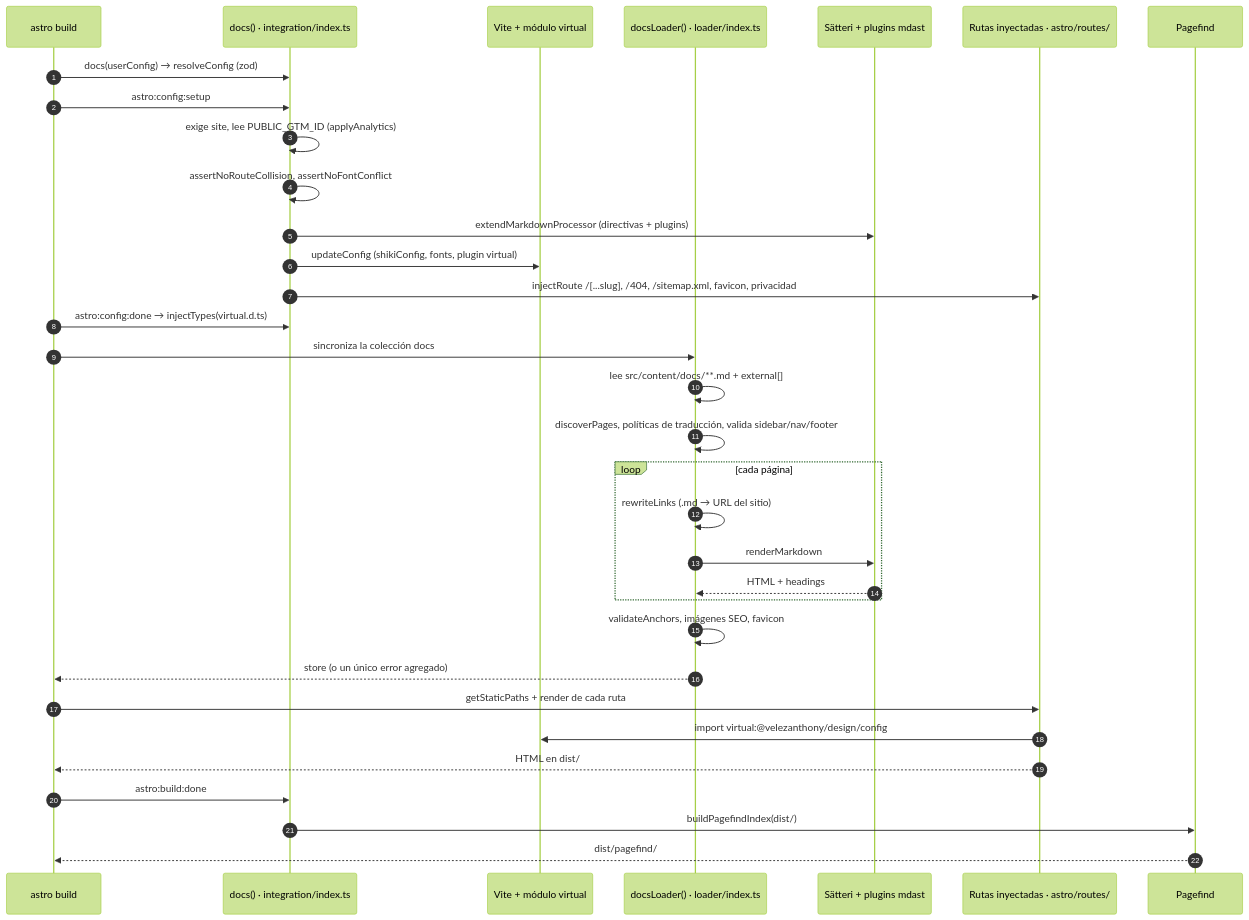
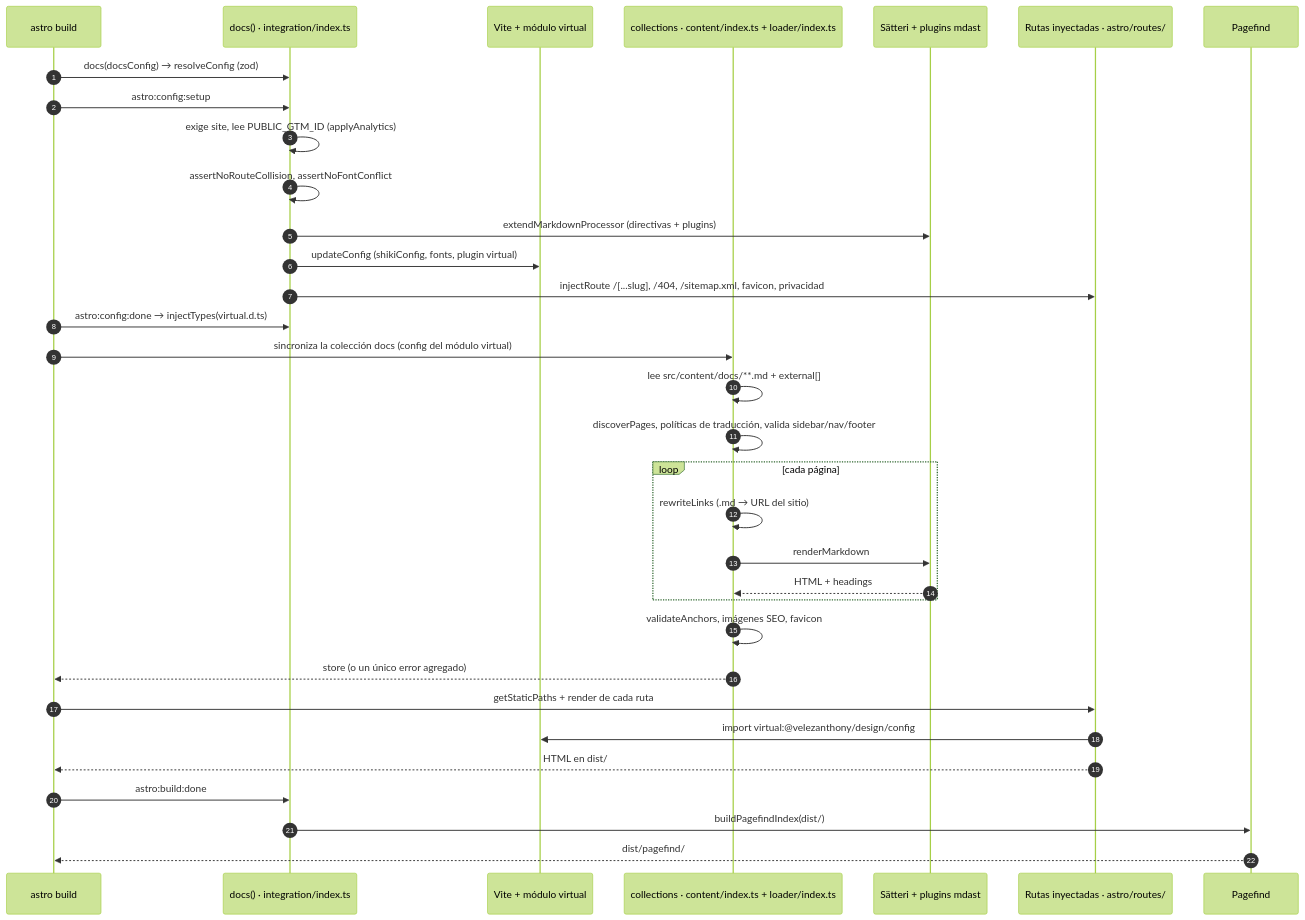
The first of 2 diagrams in docs/src/content/docs/integracion/por-dentro.md (velezanthony/design), drawn with Mermaid (forest theme) before and after one commit. The commit also changed other lines of this file and 4 other files, not shown here.

First line of the commit message:
docs: consumers write one import and a one-line content config

````diff
--- a/docs/src/content/docs/integracion/por-dentro.md
+++ b/docs/src/content/docs/integracion/por-dentro.md
@@ -22,36 +32,36 @@
 ```mermaid
 sequenceDiagram
   autonumber
   participant CLI as astro build
   participant Int as docs() · integration/index.ts
   participant Vite as Vite + módulo virtual
-  participant Ldr as docsLoader() · loader/index.ts
+  participant Ldr as collections · content/index.ts + loader/index.ts
   participant MD as Sätteri + plugins mdast
   participant Rt as Rutas inyectadas · astro/routes/
   participant PF as Pagefind
 
-  CLI->>Int: docs(userConfig) → resolveConfig (zod)
+  CLI->>Int: docs(docsConfig) → resolveConfig (zod)
   CLI->>Int: astro:config:setup
   Int->>Int: exige site, lee PUBLIC_GTM_ID (applyAnalytics)
   Int->>Int: assertNoRouteCollision, assertNoFontConflict
   Int->>MD: extendMarkdownProcessor (directivas + plugins)
   Int->>Vite: updateConfig (shikiConfig, fonts, plugin virtual)
   Int->>Rt: injectRoute /[...slug], /404, /sitemap.xml, favicon, privacidad
   CLI->>Int: astro:config:done → injectTypes(virtual.d.ts)
-  CLI->>Ldr: sincroniza la colección docs
+  CLI->>Ldr: sincroniza la colección docs (config del módulo virtual)
   Ldr->>Ldr: lee src/content/docs/**.md + external[]
   Ldr->>Ldr: discoverPages, políticas de traducción, valida sidebar/nav/footer
   loop cada página
     Ldr->>Ldr: rewriteLinks (.md → URL del sitio)
     Ldr->>MD: renderMarkdown
     MD-->>Ldr: HTML + headings
   end
   Ldr->>Ldr: validateAnchors, imágenes SEO, favicon
   Ldr-->>CLI: store (o un único error agregado)
   CLI->>Rt: getStaticPaths + render de cada ruta
   Rt->>Vite: import virtual:@velezanthony/design/config
   Rt-->>CLI: HTML en dist/
   CLI->>Int: astro:build:done
   Int->>PF: buildPagefindIndex(dist/)
   PF-->>CLI: dist/pagefind/
 ```
````
